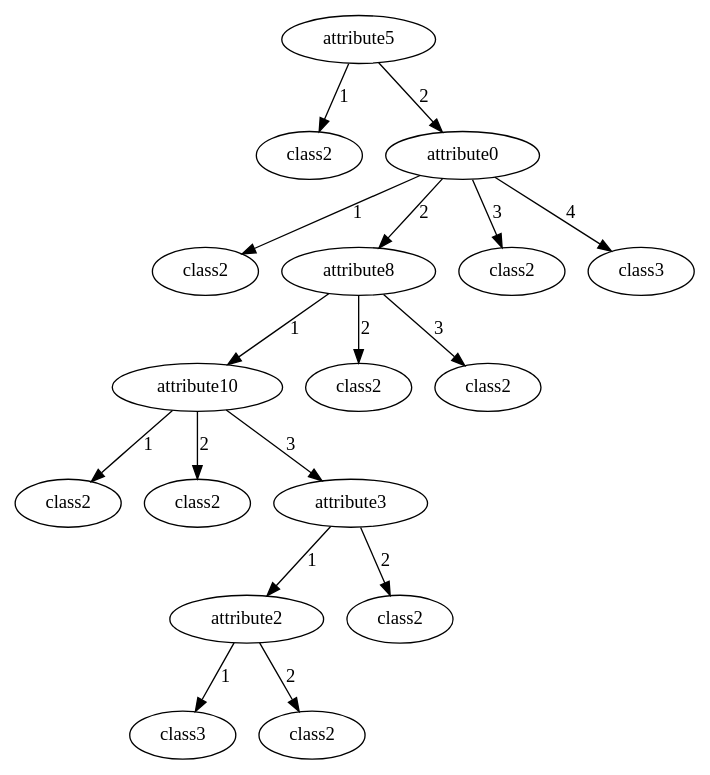
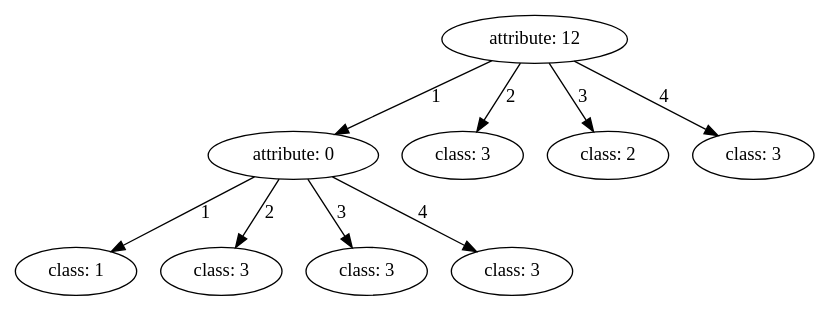
Before and after one commit to 11D-Beyonder/Machine-Learning-Coursework: the diagram in decision_tree/submit/image/post_pruning-Gini_index-lymphography.gv, drawn with Graphviz. The commit also changed 41 other files, not shown here.

```diff
--- a/decision_tree/submit/image/post_pruning-Gini_index-lymphography.gv
+++ b/decision_tree/submit/image/post_pruning-Gini_index-lymphography.gv
@@ -1,35 +1,19 @@
 digraph {
-	1 [label=attribute5]
+	1 [label="attribute: 12"]
 	1 -> 2 [label=1]
-	2 [label=class2]
-	1 -> 366 [label=2]
-	366 [label=attribute0]
-	366 -> 367 [label=1]
-	367 [label=class2]
-	366 -> 368 [label=2]
-	368 [label=attribute8]
-	368 -> 369 [label=1]
-	369 [label=attribute10]
-	369 -> 370 [label=1]
-	370 [label=class2]
-	369 -> 371 [label=2]
-	371 [label=class2]
-	369 -> 457 [label=3]
-	457 [label=attribute3]
-	457 -> 458 [label=1]
-	458 [label=attribute2]
-	458 -> 459 [label=1]
-	459 [label=class3]
-	458 -> 491 [label=2]
-	491 [label=class2]
-	457 -> 511 [label=2]
-	511 [label=class2]
-	368 -> 512 [label=2]
-	512 [label=class2]
-	368 -> 513 [label=3]
-	513 [label=class2]
-	366 -> 514 [label=3]
-	514 [label=class2]
-	366 -> 690 [label=4]
-	690 [label=class3]
+	2 [label="attribute: 0"]
+	2 -> 3 [label=1]
+	3 [label="class: 1"]
+	2 -> 4 [label=2]
+	4 [label="class: 3"]
+	2 -> 5 [label=3]
+	5 [label="class: 3"]
+	2 -> 6 [label=4]
+	6 [label="class: 3"]
+	1 -> 7 [label=2]
+	7 [label="class: 3"]
+	1 -> 41 [label=3]
+	41 [label="class: 2"]
+	1 -> 71 [label=4]
+	71 [label="class: 3"]
 }
```
